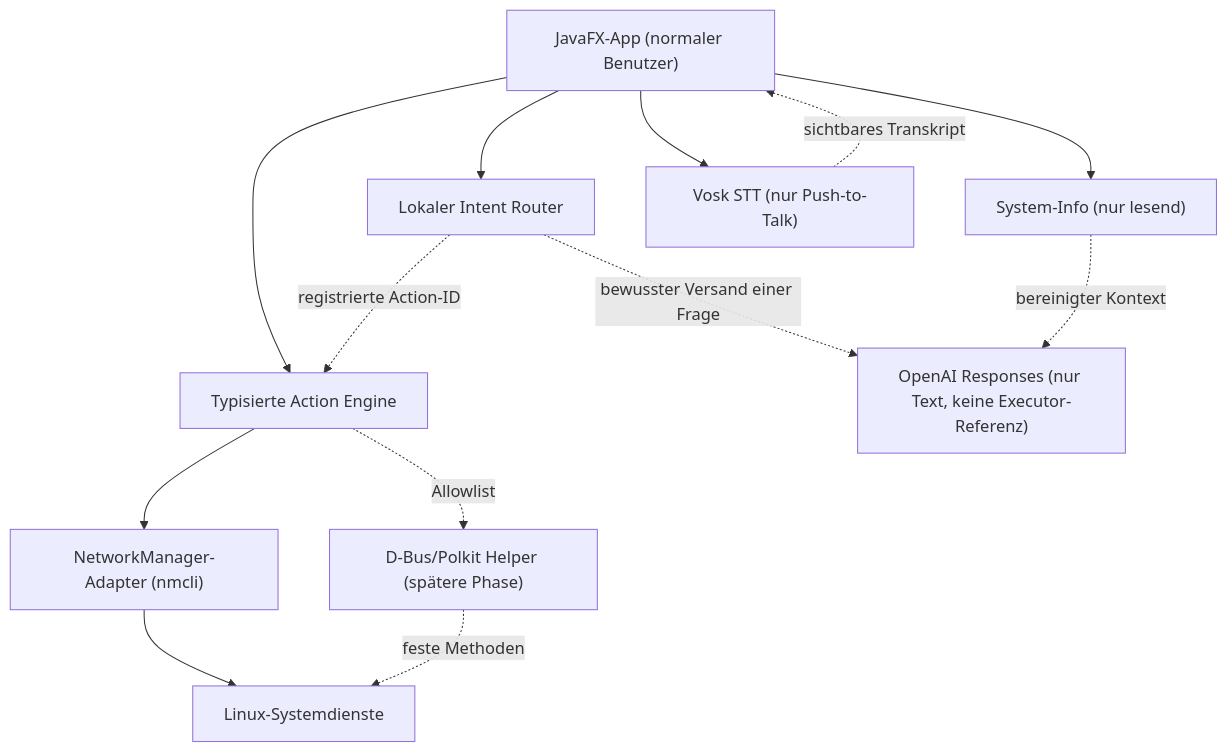
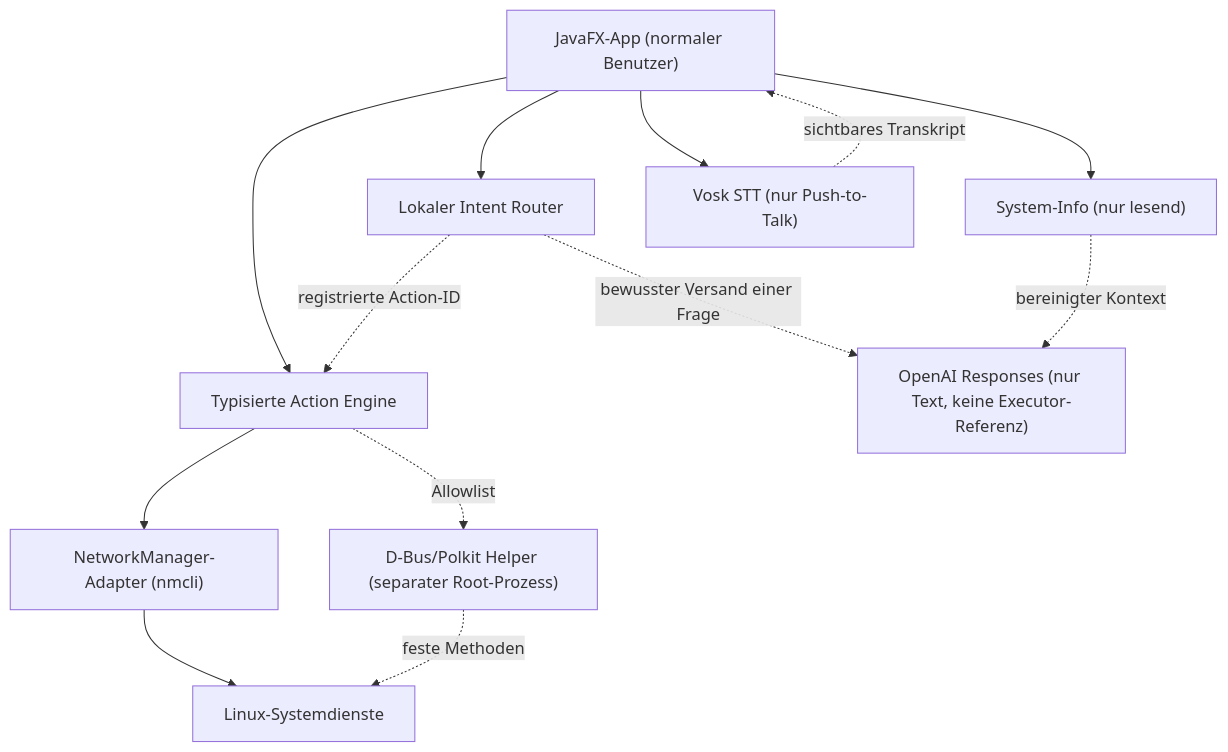
One commit to rimi1993elsa-cloud/CACHYOSDING changed the diagram in docs/architecture.md. Above: the diagram before and after it, drawn with Mermaid. The commit also changed other lines of this file and 27 other files, not shown here.

Commit message:
feat: add polkit protected privileged helper

````diff
--- a/docs/architecture.md
+++ b/docs/architecture.md
@@ -10,25 +10,25 @@
 ```mermaid
 flowchart TB
     UI["JavaFX-App (normaler Benutzer)"]
     INFO["System-Info (nur lesend)"]
     ROUTER["Lokaler Intent Router"]
     STT["Vosk STT (nur Push-to-Talk)"]
     ACTION["Typisierte Action Engine"]
     NETWORK["NetworkManager-Adapter (nmcli)"]
-    HELPER["D-Bus/Polkit Helper (spätere Phase)"]
+    HELPER["D-Bus/Polkit Helper (separater Root-Prozess)"]
     AI["OpenAI Responses (nur Text, keine Executor-Referenz)"]
     OS["Linux-Systemdienste"]
 
     UI --> INFO
     UI --> STT
     STT -. sichtbares Transkript .-> UI
     UI --> ACTION
     ACTION --> NETWORK
     NETWORK --> OS
     UI --> ROUTER
     ROUTER -. registrierte Action-ID .-> ACTION
     ROUTER -. bewusster Versand einer Frage .-> AI
     ACTION -. Allowlist .-> HELPER
     HELPER -. feste Methoden .-> OS
     INFO -. bereinigter Kontext .-> AI
 ```
````
